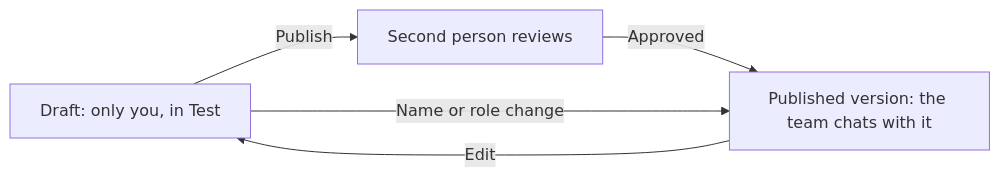
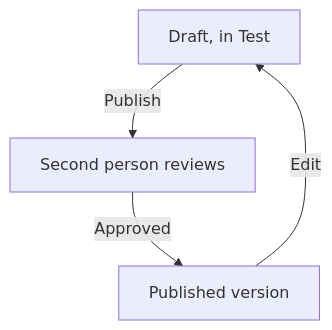
One commit to chanl-ai/ops-ai changed the diagram in docs/guide/use-cases/build-an-agent.md. Above: the diagram before and after it, drawn with Mermaid. The commit also changed 10 other files, not shown here.

````diff
--- a/docs/guide/use-cases/build-an-agent.md
+++ b/docs/guide/use-cases/build-an-agent.md
@@ -193,7 +193,6 @@
 ```mermaid caption="How an agent version moves from draft to published, and why an edit never changes a conversation under way"
-flowchart LR
-  A[Draft: only you, in Test] -->|Publish| B[Second person reviews]
-  B -->|Approved| C[Published version: the team chats with it]
-  A -->|Name or role change| C
+flowchart TD
+  A[Draft, in Test] -->|Publish| B[Second person reviews]
+  B -->|Approved| C[Published version]
   C -->|Edit| A
 ```
````
